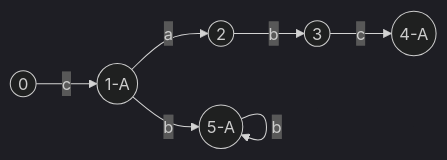
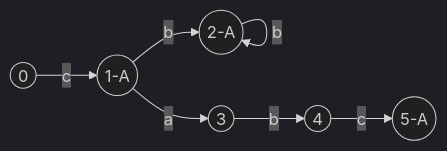
Before and after one commit to RockRockWhite/RLex: the second of 4 diagrams in README.md, drawn with Mermaid (dark theme). The commit also changed 3 other files, not shown here.

````diff
--- a/README.md
+++ b/README.md
@@ -57,16 +57,16 @@
 ```mermaid
 graph LR
 0((0))
 1((1-A))
-2((2))
+2((2-A))
 3((3))
-4((4-A))
+4((4))
 5((5-A))
 
-3--c-->4
-2--b-->3
-1--a-->2
-5--b-->5
-1--b-->5
+2--b-->2
+1--b-->2
+4--c-->5
+3--b-->4
+1--a-->3
 0--c-->1
 ```
````
